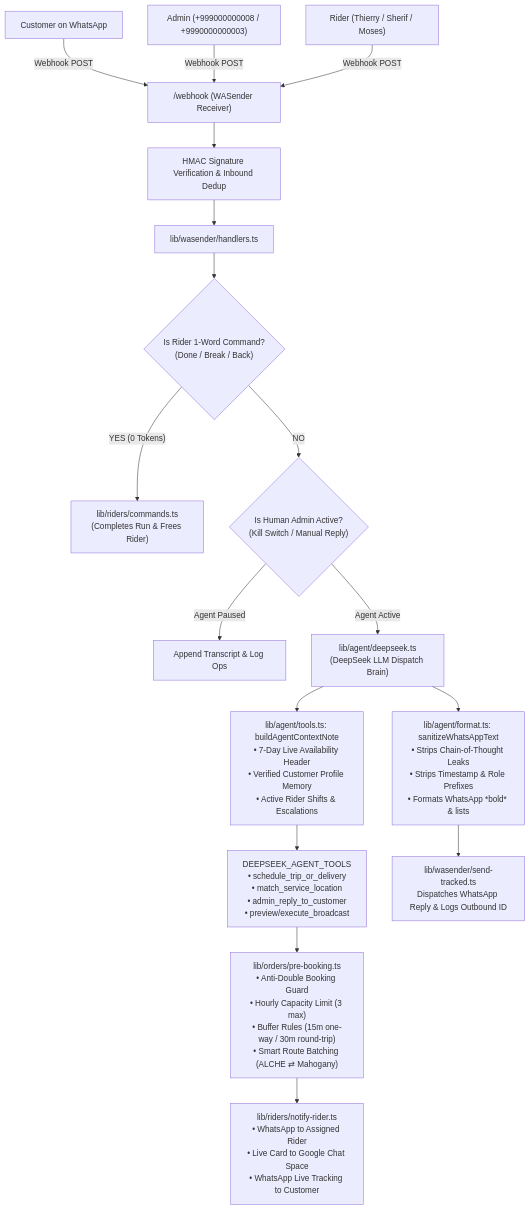
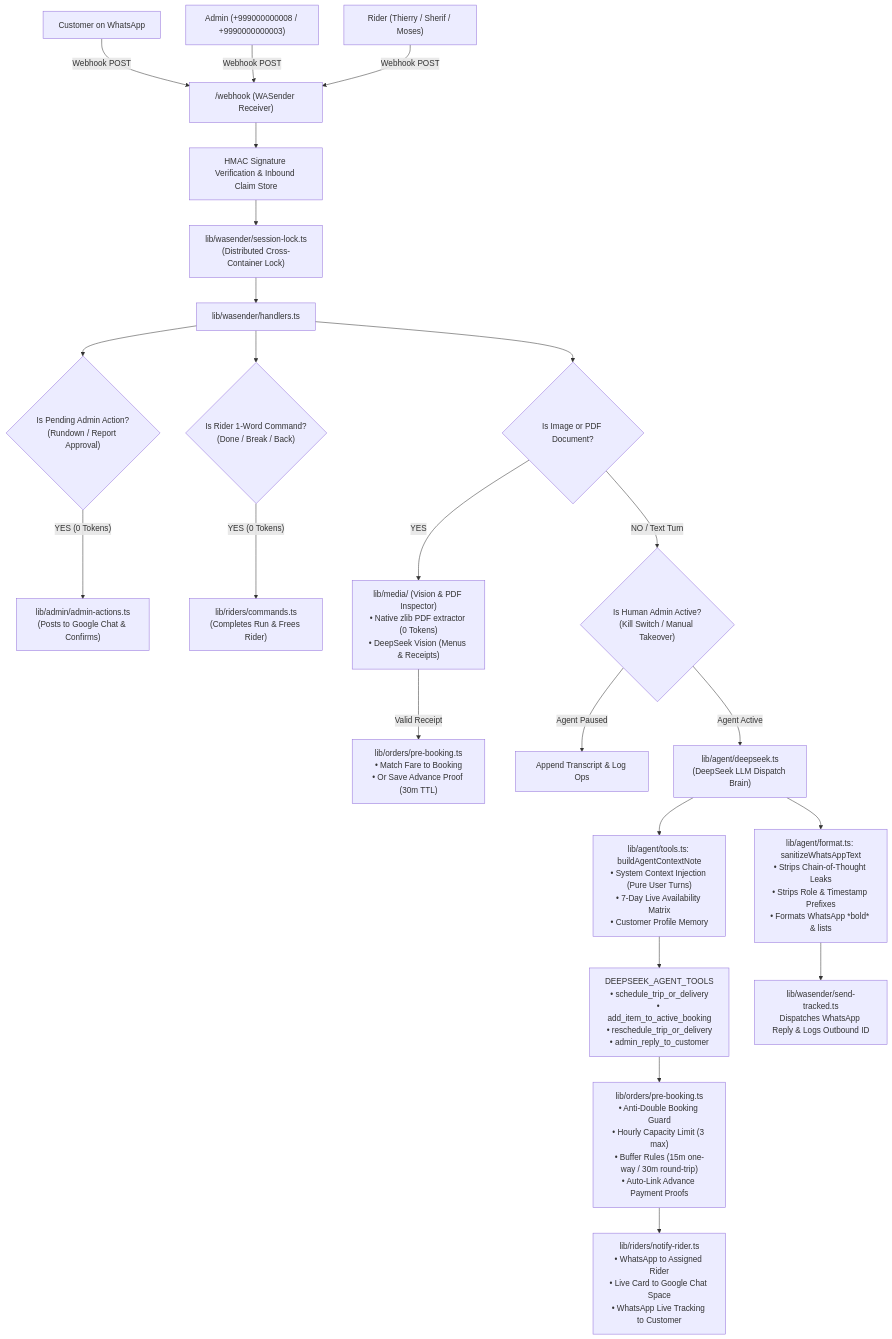
The diagram in README.md (TheNonFungibleHuman/grabbit-dispatch-engine), drawn with Mermaid before and after one commit. The commit also changed other lines of this file, not shown here.

Commit message:
docs: update README.md with multimodal vision, pdf extraction, advance payments, and distributed locking

````diff
--- a/README.md
+++ b/README.md
@@ -29,28 +35,36 @@
 ```mermaid
 flowchart TD
     Customer["Customer on WhatsApp"] -->|"Webhook POST"| Ingress["/webhook (WASender Receiver)"]
     Admin["Admin (+999000000008 / +9990000000003)"] -->|"Webhook POST"| Ingress
     Rider["Rider (Thierry / Sherif / Moses)"] -->|"Webhook POST"| Ingress
 
-    Ingress --> Verify["HMAC Signature Verification & Inbound Dedup"]
-    Verify --> Handler["lib/wasender/handlers.ts"]
+    Ingress --> Verify["HMAC Signature Verification & Inbound Claim Store"]
+    Verify --> SessionLock["lib/wasender/session-lock.ts<br>(Distributed Cross-Container Lock)"]
+    SessionLock --> Handler["lib/wasender/handlers.ts"]
+
+    Handler --> CheckAdminAction{"Is Pending Admin Action?<br>(Rundown / Report Approval)"}
+    CheckAdminAction -->|"YES (0 Tokens)"| AdminActionEngine["lib/admin/admin-actions.ts<br>(Posts to Google Chat & Confirms)"]
 
     Handler --> CheckRiderCmd{"Is Rider 1-Word Command?<br>(Done / Break / Back)"}
     CheckRiderCmd -->|"YES (0 Tokens)"| RiderCmdEngine["lib/riders/commands.ts<br>(Completes Run & Frees Rider)"]
 
-    CheckRiderCmd -->|"NO"| HumanTakeoverCheck{"Is Human Admin Active?<br>(Kill Switch / Manual Reply)"}
-    HumanTakeoverCheck -->|"Agent Paused"| RecordOnly["Append Transcript & Log Ops"]
+    Handler --> MediaCheck{"Is Image or PDF Document?"}
+    MediaCheck -->|"YES"| MediaEngine["lib/media/ (Vision & PDF Inspector)<br>• Native zlib PDF extractor (0 Tokens)<br>• DeepSeek Vision (Menus & Receipts)"]
+    MediaEngine -->|"Valid Receipt"| PaymentProof["lib/orders/pre-booking.ts<br>• Match Fare to Booking<br>• Or Save Advance Proof (30m TTL)"]
 
-    HumanTakeoverCheck -->|"Agent Active"| Agent["lib/agent/deepseek.ts<br>(DeepSeek LLM Dispatch Brain)"]
+    MediaCheck -->|"NO / Text Turn"| AgentCheck{"Is Human Admin Active?<br>(Kill Switch / Manual Takeover)"}
+    AgentCheck -->|"Agent Paused"| RecordOnly["Append Transcript & Log Ops"]
 
-    Agent --> ContextBuilder["lib/agent/tools.ts: buildAgentContextNote<br>• 7-Day Live Availability Header<br>• Verified Customer Profile Memory<br>• Active Rider Shifts & Escalations"]
-    ContextBuilder --> Tools["DEEPSEEK_AGENT_TOOLS<br>• schedule_trip_or_delivery<br>• match_service_location<br>• admin_reply_to_customer<br>• preview/execute_broadcast"]
+    AgentCheck -->|"Agent Active"| Agent["lib/agent/deepseek.ts<br>(DeepSeek LLM Dispatch Brain)"]
 
-    Tools --> PreBooking["lib/orders/pre-booking.ts<br>• Anti-Double Booking Guard<br>• Hourly Capacity Limit (3 max)<br>• Buffer Rules (15m one-way / 30m round-trip)<br>• Smart Route Batching (ALCHE ⇄ Mahogany)"]
+    Agent --> ContextBuilder["lib/agent/tools.ts: buildAgentContextNote<br>• System Context Injection (Pure User Turns)<br>• 7-Day Live Availability Matrix<br>• Customer Profile Memory"]
+    ContextBuilder --> Tools["DEEPSEEK_AGENT_TOOLS<br>• schedule_trip_or_delivery<br>• add_item_to_active_booking<br>• reschedule_trip_or_delivery<br>• admin_reply_to_customer"]
+
+    Tools --> PreBooking["lib/orders/pre-booking.ts<br>• Anti-Double Booking Guard<br>• Hourly Capacity Limit (3 max)<br>• Buffer Rules (15m one-way / 30m round-trip)<br>• Auto-Link Advance Payment Proofs"]
 
     PreBooking --> Dispatcher["lib/riders/notify-rider.ts<br>• WhatsApp to Assigned Rider<br>• Live Card to Google Chat Space<br>• WhatsApp Live Tracking to Customer"]
 
-    Agent --> Sanitizer["lib/agent/format.ts: sanitizeWhatsAppText<br>• Strips Chain-of-Thought Leaks<br>• Strips Timestamp & Role Prefixes<br>• Formats WhatsApp *bold* & lists"]
+    Agent --> Sanitizer["lib/agent/format.ts: sanitizeWhatsAppText<br>• Strips Chain-of-Thought Leaks<br>• Strips Role & Timestamp Prefixes<br>• Formats WhatsApp *bold* & lists"]
 
     Sanitizer --> DispatchOut["lib/wasender/send-tracked.ts<br>Dispatches WhatsApp Reply & Logs Outbound ID"]
 ```
````
